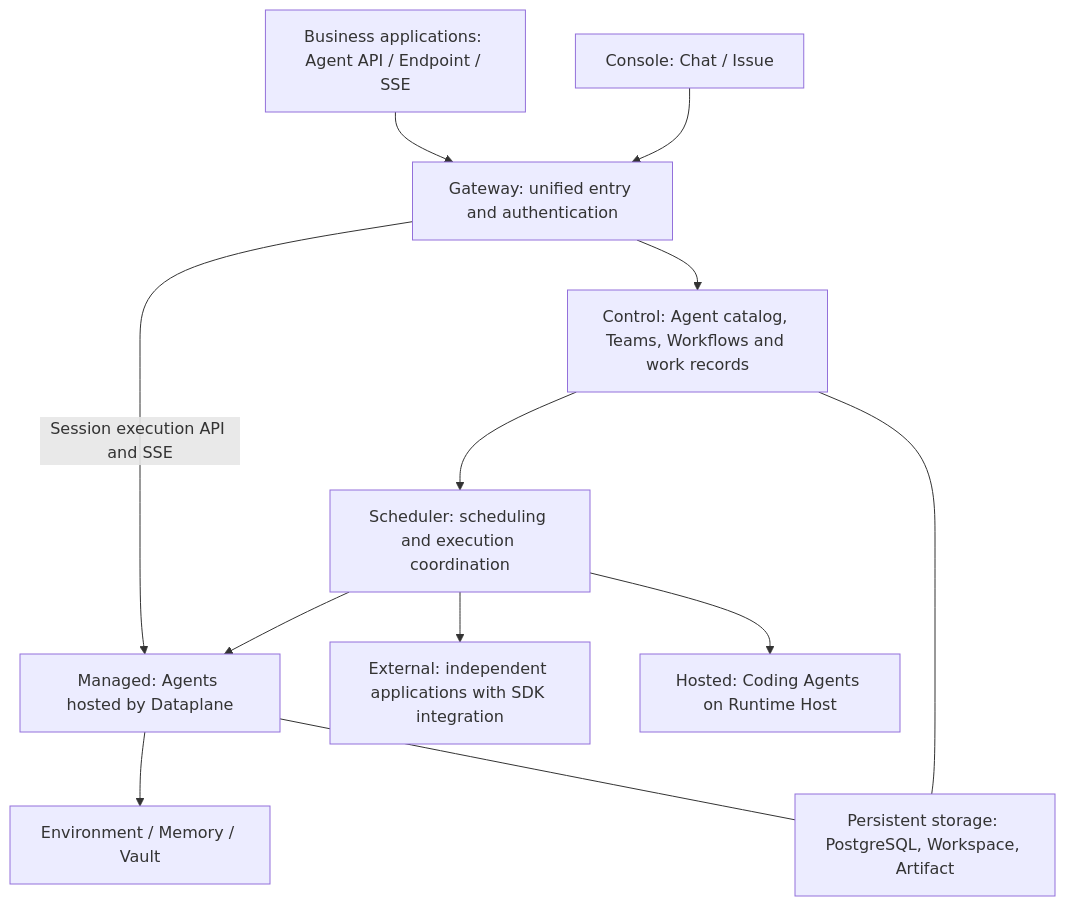
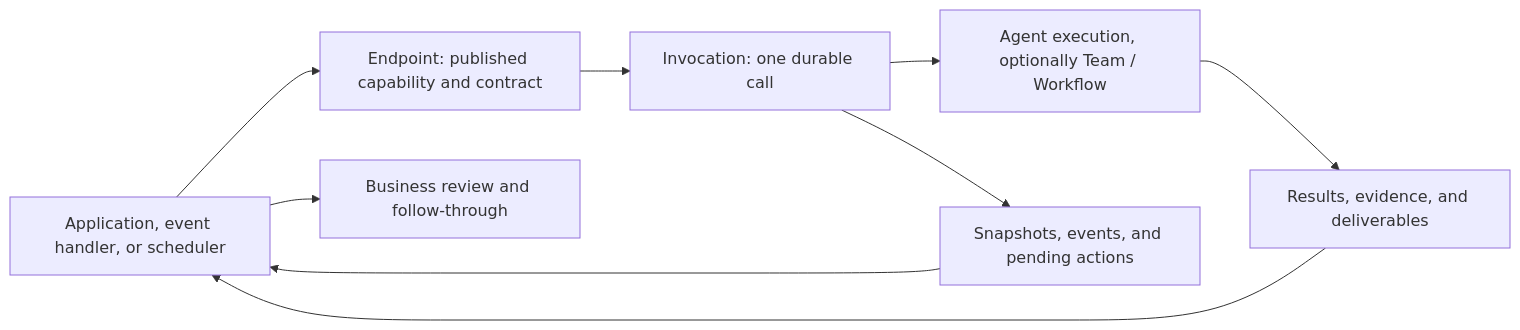
Before and after one commit to agentscope-ai/agentscope-java: the diagram in docs/v2/en/service/index.md, drawn with Mermaid. The commit also changed other lines of this file and 363 other files, not shown here.

````diff
--- a/docs/v2/en/service/index.md
+++ b/docs/v2/en/service/index.md
@@ -14,14 +46,11 @@
 ```mermaid
-flowchart TB
-  U["Console: Chat / Issue"] --> G["Gateway: unified entry and authentication"]
-  A["Business applications: Agent API / Endpoint / SSE"] --> G
-  G --> C["Control: Agent catalog, Teams, Workflows and work records"]
-  C --> S["Scheduler: scheduling and execution coordination"]
-  S --> M["Managed: Agents hosted by Dataplane"]
-  S --> E["External: independent applications with SDK integration"]
-  S --> H["Hosted: Coding Agents on Runtime Host"]
-  G -->|Session execution API and SSE| M
-  M --> R["Environment / Memory / Vault"]
-  C --- P["Persistent storage: PostgreSQL, Workspace, Artifact"]
-  M --- P
+flowchart LR
+    B["Application, event handler, or scheduler"] --> E["Endpoint: published capability and contract"]
+    E --> I["Invocation: one durable call"]
+    I --> X["Agent execution, optionally Team / Workflow"]
+    X --> R["Results, evidence, and deliverables"]
+    I --> P["Snapshots, events, and pending actions"]
+    P --> B
+    R --> B
+    B --> H["Business review and follow-through"]
 ```
````
